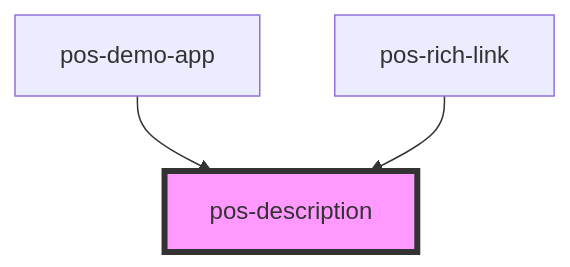
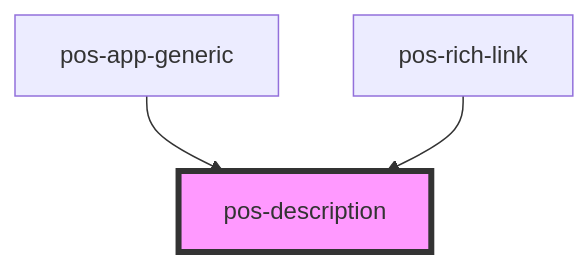
The diagram in elements/src/components/pos-description/readme.md (pod-os/PodOS), drawn with Mermaid before and after one commit. The commit also changed other lines of this file and 7 other files, not shown here.

````diff
--- a/elements/src/components/pos-description/readme.md
+++ b/elements/src/components/pos-description/readme.md
@@ -23,6 +23,6 @@
 ```mermaid
 graph TD;
-  pos-demo-app --> pos-description
+  pos-app-generic --> pos-description
   pos-rich-link --> pos-description
   style pos-description fill:#f9f,stroke:#333,stroke-width:4px
 ```
````
